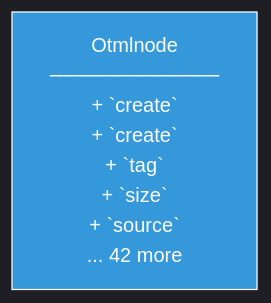
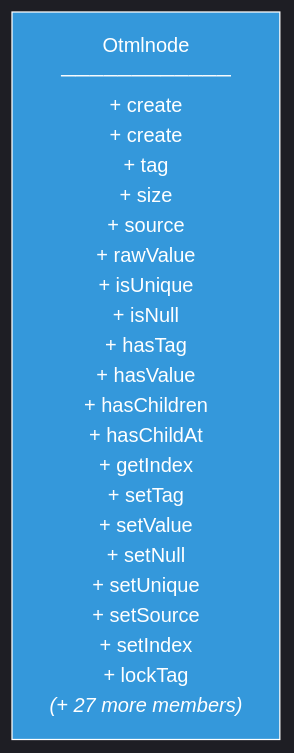
One commit to lukaszj321/otcv8-dev changed the diagram in docs/authoring/01_core/api/cpp/framework/diagrams/otmlnode.mmd. Above: the diagram before and after it, drawn with Mermaid. The commit also changed 62 other files, not shown here.

First line of the commit message:
Fix comment spacing and expand truncated diagrams

```diff
--- a/docs/authoring/01_core/api/cpp/framework/diagrams/otmlnode.mmd
+++ b/docs/authoring/01_core/api/cpp/framework/diagrams/otmlnode.mmd
@@ -1,5 +1,5 @@
 %%{init: {'theme':'dark','themeVariables': {'primaryTextColor':'#ddd','lineColor':'#9aa0a6'}, 'securityLevel':'loose'}}%%
 graph TD
     classDef api fill:#3498db,stroke:#fff,color:#fff;
     
-    Otmlnode["Otmlnode<br/>────────────<br/>+ `create`<br/>+ `create`<br/>+ `tag`<br/>+ `size`<br/>+ `source`<br/>... 42 more<br/>"]:::api
+    Otmlnode["Otmlnode<br/>────────────<br/>+ create<br/>+ create<br/>+ tag<br/>+ size<br/>+ source<br/>+ rawValue<br/>+ isUnique<br/>+ isNull<br/>+ hasTag<br/>+ hasValue<br/>+ hasChildren<br/>+ hasChildAt<br/>+ getIndex<br/>+ setTag<br/>+ setValue<br/>+ setNull<br/>+ setUnique<br/>+ setSource<br/>+ setIndex<br/>+ lockTag<br/><i>(+ 27 more members)</i><br/>"]:::api
```
